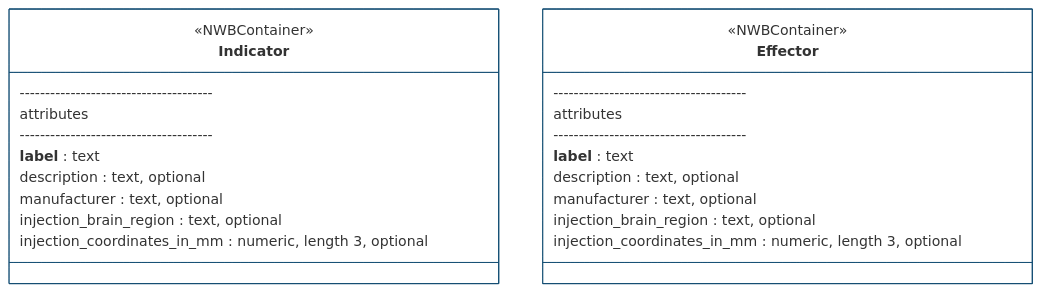
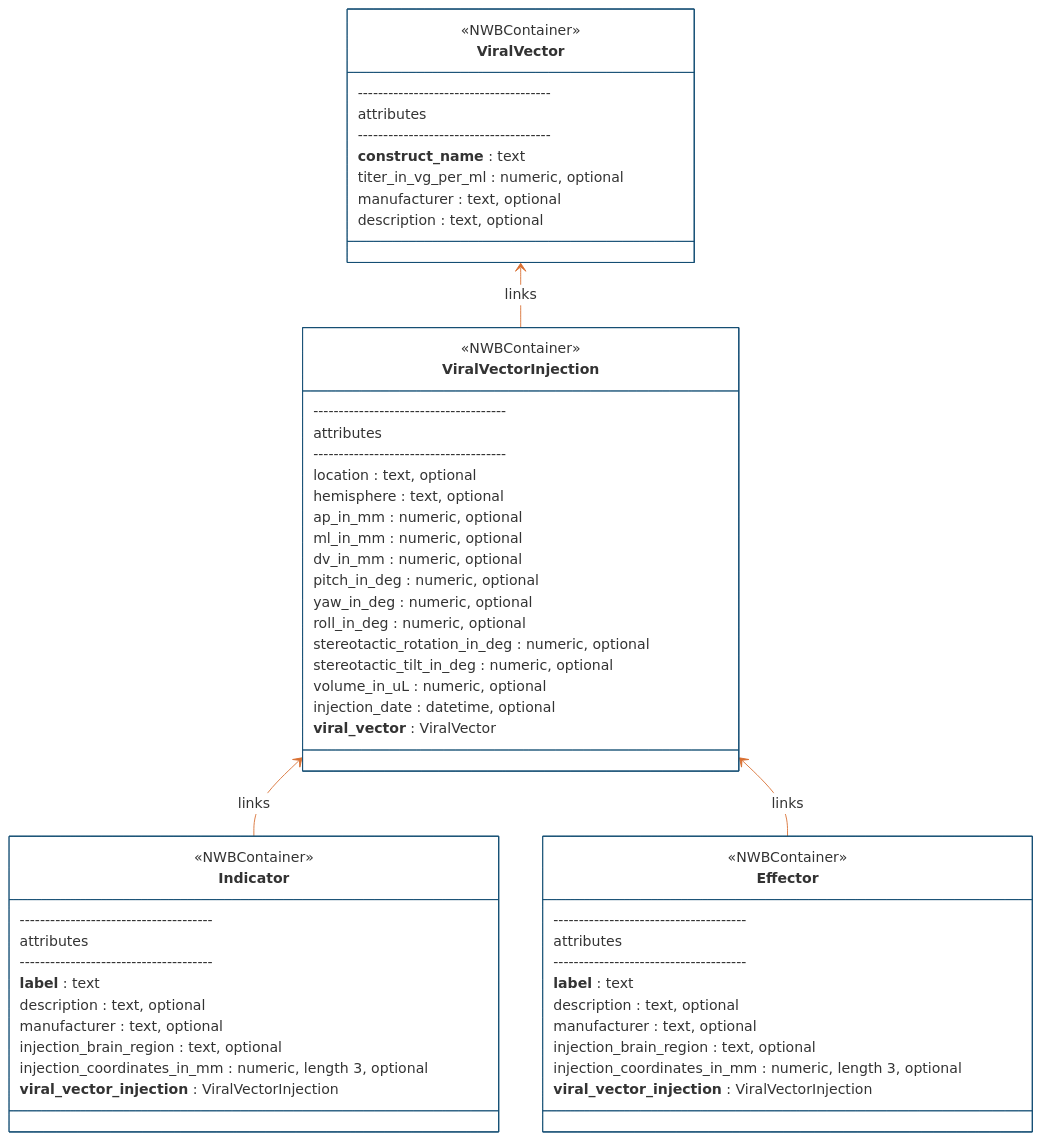
One commit to catalystneuro/ndx-ophys-devices changed the first of 4 diagrams in README.md. Above: the diagram before and after it, drawn with Mermaid. The commit also changed other lines of this file and 7 other files, not shown here.

First line of the commit message:
Viral injection (#14)

````diff
--- a/README.md
+++ b/README.md
@@ -295,27 +326,61 @@
 ```mermaid
-%%{init: {'theme': 'base', 'themeVariables': {'primaryColor': '#ffffff', "primaryBorderColor': '#144E73', 'lineColor': '#D96F32'}}}%%
+%%{init: {'theme': 'base', 'themeVariables': {'primaryColor': '#ffffff', 'primaryBorderColor': '#144E73', 'lineColor': '#D96F32'}}}%%
 classDiagram
     direction BT
-    class Indicator{
+    class ViralVector {
+        <<NWBContainer>>
+        --------------------------------------
+        attributes
+        --------------------------------------
+        **construct_name** : text
+        titer_in_vg_per_ml : numeric, optional
+        manufacturer : text, optional
+        description : text, optional
+    }
+    class ViralVectorInjection {
+        <<NWBContainer>>
+        --------------------------------------
+        attributes
+        --------------------------------------
+        location : text, optional
+        hemisphere : text, optional
+        ap_in_mm : numeric, optional
+        ml_in_mm : numeric, optional
+        dv_in_mm : numeric, optional
+        pitch_in_deg : numeric, optional
+        yaw_in_deg : numeric, optional
+        roll_in_deg : numeric, optional
+        stereotactic_rotation_in_deg : numeric, optional
+        stereotactic_tilt_in_deg : numeric, optional
+        volume_in_uL : numeric, optional
+        injection_date : datetime, optional
+        **viral_vector** : ViralVector
+        }
+    class Indicator {
         <<NWBContainer>>
         --------------------------------------
         attributes
         --------------------------------------
         **label** : text
         description : text, optional
         manufacturer : text, optional
         injection_brain_region : text, optional
         injection_coordinates_in_mm : numeric, length 3, optional
+        **viral_vector_injection** : ViralVectorInjection
     }
-    class Effector{
+    class Effector {
         <<NWBContainer>>
         --------------------------------------
         attributes
         --------------------------------------
         **label** : text
         description : text, optional
         manufacturer : text, optional
         injection_brain_region : text, optional
         injection_coordinates_in_mm : numeric, length 3, optional
+        **viral_vector_injection** : ViralVectorInjection
     }
+    Indicator --> ViralVectorInjection : links
+    Effector --> ViralVectorInjection : links
+    ViralVectorInjection --> ViralVector : links
 ```
````
